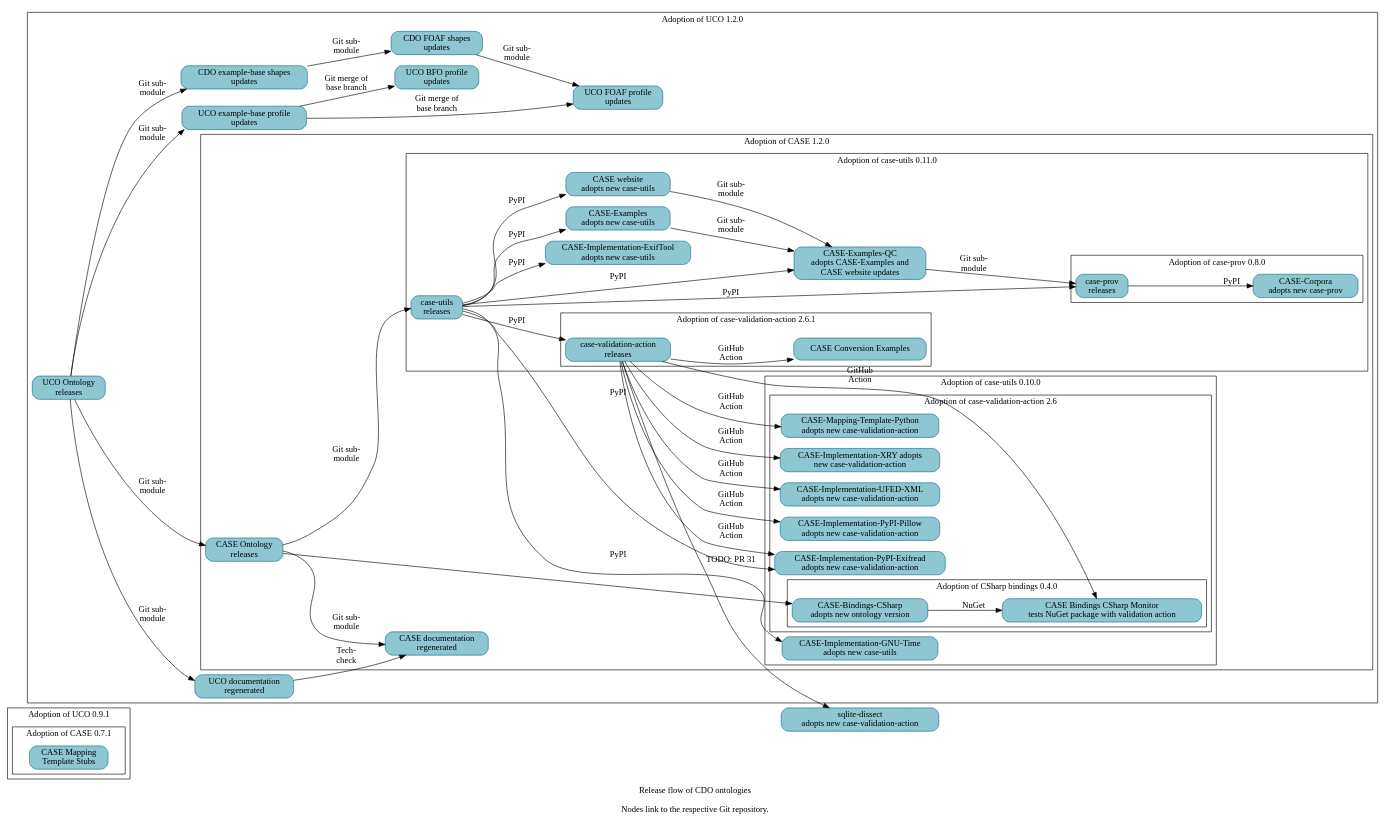
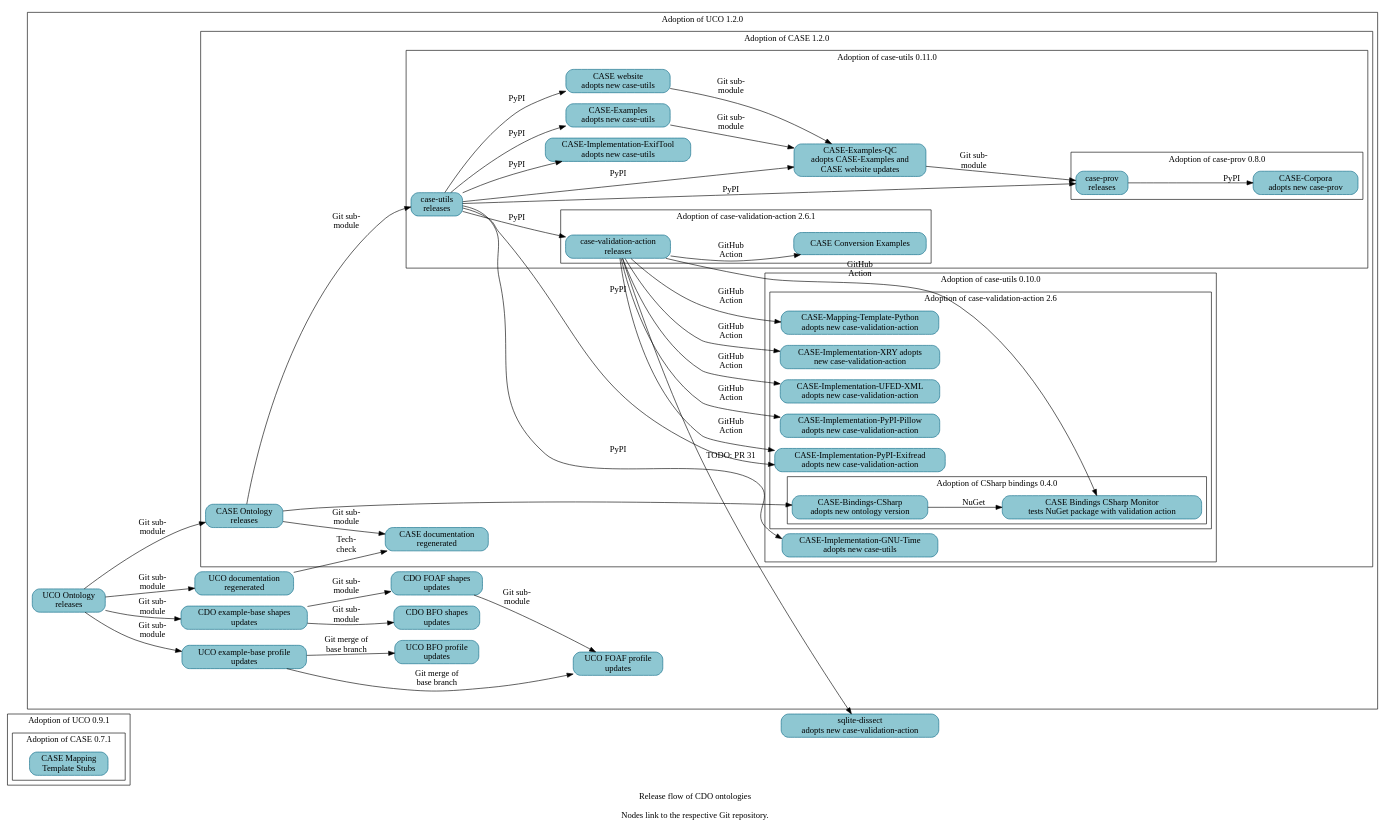
One commit to Cyber-Domain-Ontology/cdo.github.io changed the diagram in resources/project_release_flow.dot. Above: the diagram before and after it, drawn with Graphviz.

Commit message:
Add BFO shapes repository
A follow-on patch will regenerate Make-managed files.

```diff
--- a/resources/project_release_flow.dot
+++ b/resources/project_release_flow.dot
@@ -1,120 +1,122 @@
 digraph "cdo_release_flow" {
   label = "Release flow of CDO ontologies\n\nNodes link to the respective Git repository." ;
   rankdir = "LR" ;
   node [shape="rectangle" style="filled,rounded" fillcolor="#8EC7D2" color="#0D6986"] ;
 
 
   // Define nodes in their corresponding progress subgraph.
 
   subgraph cluster_uco_0_9_1 {
     label = "Adoption of UCO 0.9.1" ;
 
     subgraph cluster_case_0_7_1 {
       label = "Adoption of CASE 0.7.1" ;
       _GH__CASEWORK__CASE_MAPPING_TEMPLATE_STUBS [URL="https://github.com/casework/CASE-Mapping-Template-Stubs" label="CASE Mapping\nTemplate Stubs"] ;
     }
   }
 
   subgraph cluster_uco_1_2_0 {
     label = "Adoption of UCO 1.2.0" ;
 
+    _GH__CYBER_DOMAIN_ONTOLOGY__CDO_SHAPES_BFO [URL="https://github.com/Cyber-Domain-Ontology/CDO-Shapes-BFO" label="CDO BFO shapes\nupdates"]
     _GH__CYBER_DOMAIN_ONTOLOGY__CDO_SHAPES_EXAMPLE [URL="https://github.com/Cyber-Domain-Ontology/CDO-Shapes-Example" label="CDO example-base shapes\nupdates"]
     _GH__CYBER_DOMAIN_ONTOLOGY__CDO_SHAPES_FOAF [URL="https://github.com/Cyber-Domain-Ontology/CDO-Shapes-FOAF" label="CDO FOAF shapes\nupdates"]
     _GH__UCOPROJECT__ONTOLOGY_UNIFIEDCYBERONTOLOGY_ORG [URL="https://github.com/ucoProject/ontology.unifiedcyberontology.org" label="UCO documentation\nregenerated"] ;
     _GH__UCOPROJECT__UCO [URL="https://github.com/ucoProject/UCO" label="UCO Ontology\nreleases"] ;
     _GH__UCOPROJECT__UCO_PROFILE_BFO [URL="https://github.com/ucoProject/UCO-Profile-BFO" label="UCO BFO profile\nupdates"] ;
     _GH__UCOPROJECT__UCO_PROFILE_EXAMPLE [URL="https://github.com/ucoProject/UCO-Profile-Example" label="UCO example-base profile\nupdates"] ;
     _GH__UCOPROJECT__UCO_PROFILE_FOAF [URL="https://github.com/ucoProject/UCO-Profile-FOAF" label="UCO FOAF profile\nupdates"] ;
 
     subgraph cluster_case_1_2_0 {
       label = "Adoption of CASE 1.2.0" ;
 
       _GH__CASEWORK__CASE [URL="https://github.com/casework/CASE" label="CASE Ontology\nreleases"] ;
       _GH__CASEWORK__ONTOLOGY_CASEONTOLOGY_ORG [URL="https://github.com/casework/ontology.caseontology.org" label="CASE documentation\nregenerated"] ;
 
       subgraph cluster_case_utils_0_10_0 {
         label = "Adoption of case-utils 0.10.0" ;
 
         _GH__CASEWORK__CASE_IMPLEMENTATON_GNU_TIME [URL="https://github.com/casework/CASE-Implementation-GNU-Time" label="CASE-Implementation-GNU-Time\nadopts new case-utils"] ;
 
         subgraph cluster_case_validation_action_2_6 {
           label = "Adoption of case-validation-action 2.6" ;
 
           _GH__CASEWORK__CASE_IMPLEMENTATON_PYPI_EXIFREAD [URL="https://github.com/casework/CASE-Implementation-PyPI-Exifread" label="CASE-Implementation-PyPI-Exifread\nadopts new case-validation-action"] ;
           _GH__CASEWORK__CASE_IMPLEMENTATON_PYPI_PILLOW [URL="https://github.com/casework/CASE-Implementation-PyPI-Pillow" label="CASE-Implementation-PyPI-Pillow\nadopts new case-validation-action"] ;
           _GH__CASEWORK__CASE_IMPLEMENTATON_UFED_XML [URL="https://github.com/casework/CASE-Implementation-UFED-XML" label="CASE-Implementation-UFED-XML\nadopts new case-validation-action"] ;
           _GH__CASEWORK__CASE_IMPLEMENTATON_XRY [URL="https://github.com/casework/CASE-Implementation-XRY" label="CASE-Implementation-XRY adopts\nnew case-validation-action"] ;
           _GH__CASEWORK__CASE_MAPPING_TEMPLATE_PYTHON [URL="https://github.com/casework/CASE-Mapping-Template-Python" label="CASE-Mapping-Template-Python\nadopts new case-validation-action"] ;
 
           subgraph cluster_case_bindings_csharp_0_4_0 {
             label = "Adoption of CSharp bindings 0.4.0" ;
 
             _GH__CASEWORK__CASE_BINDINGS_CSHARP_MONITOR [URL="https://github.com/casework/CASE-Bindings-CSharp-Monitor" label="CASE Bindings CSharp Monitor\ntests NuGet package with validation action"] ;
             _GH__CIPHERTECHSOLUTIONS__CASE_BINDINGS_CSHARP [URL="https://github.com/ciphertechsolutions/CASE-Bindings-CSharp" label="CASE-Bindings-CSharp\nadopts new ontology version"]
           }
         }
       }
 
       subgraph cluster_case_utils_0_11_0 {
         label = "Adoption of case-utils 0.11.0" ;
 
         _GH__AJNELSON_NIST__CASE_EXAMPLES_QC [URL="https://github.com/ajnelson-nist/CASE-Examples-QC" label="CASE-Examples-QC\nadopts CASE-Examples and\nCASE website updates"] ;
         _GH__CASEWORK__CASE_EXAMPLES [URL="https://github.com/casework/CASE-Examples" label="CASE-Examples\nadopts new case-utils"] ;
         _GH__CASEWORK__CASE_IMPLEMENTATON_EXIFTOOL [URL="https://github.com/casework/CASE-Implementation-ExifTool" label="CASE-Implementation-ExifTool\nadopts new case-utils"] ;
         _GH__CASEWORK__CASE_UTILITIES_PYTHON [URL="https://github.com/casework/CASE-Utilities-Python" label="case-utils\nreleases"] ;
         _GH__CASEWORK__CASEWORK_GITHUB_IO [URL="https://github.com/casework/casework.github.io" label="CASE website\nadopts new case-utils"] ;
 
         subgraph cluster_case_prov_0_8_0 {
           label = "Adoption of case-prov 0.8.0" ;
 
           _GH__CASEWORK__CASE_CORPORA [URL="https://github.com/casework/CASE-Corpora" label="CASE-Corpora\nadopts new case-prov"] ;
           _GH__CASEWORK__CASE_IMPLEMENTATON_PROV_O [URL="https://github.com/casework/CASE-Implementation-PROV-O" label="case-prov\nreleases"] ;
         }
         subgraph cluster_case_validation_action_2_6_1 {
           label = "Adoption of case-validation-action 2.6.1" ;
 
           _GH__CASEWORK__CASE_EXAMPLES_CONVERSION [URL="https://github.com/casework/CASE-Examples-Conversion" label="CASE Conversion Examples"]
           _GH__KCHASON__CASE_VALIDATION_ACTION [URL="https://github.com/kchason/case-validation-action" label="case-validation-action\nreleases"] ;
         }
       }
     }
   }
 
   _GH__DOD_CYBER_CRIME_CENTER__SQLITE_DISSECT [URL="https://github.com/dod-cyber-crime-center/sqlite-dissect" label="sqlite-dissect\nadopts new case-validation-action"] ;
 
   // Begin edges
 
   _GH__AJNELSON_NIST__CASE_EXAMPLES_QC -> _GH__CASEWORK__CASE_IMPLEMENTATON_PROV_O [label="Git sub-\nmodule"] ;
   _GH__CASEWORK__CASE -> _GH__CASEWORK__CASE_UTILITIES_PYTHON [label="Git sub-\nmodule"] ;
   _GH__CASEWORK__CASE -> _GH__CIPHERTECHSOLUTIONS__CASE_BINDINGS_CSHARP ;
   _GH__CASEWORK__CASE -> _GH__CASEWORK__ONTOLOGY_CASEONTOLOGY_ORG [label="Git sub-\nmodule"] ; 
   _GH__CASEWORK__CASE_EXAMPLES -> _GH__AJNELSON_NIST__CASE_EXAMPLES_QC [label="Git sub-\nmodule"] ;
   _GH__CASEWORK__CASE_IMPLEMENTATON_PROV_O -> _GH__CASEWORK__CASE_CORPORA [label="PyPI"] ;
   _GH__CASEWORK__CASE_UTILITIES_PYTHON -> _GH__AJNELSON_NIST__CASE_EXAMPLES_QC [label="PyPI"] ;
   _GH__CASEWORK__CASE_UTILITIES_PYTHON -> _GH__CASEWORK__CASE_EXAMPLES [label="PyPI"] ;
   _GH__CASEWORK__CASE_UTILITIES_PYTHON -> _GH__CASEWORK__CASE_IMPLEMENTATON_EXIFTOOL [label="PyPI"] ;
   _GH__CASEWORK__CASE_UTILITIES_PYTHON -> _GH__CASEWORK__CASE_IMPLEMENTATON_GNU_TIME [label="PyPI"] ;
   _GH__CASEWORK__CASE_UTILITIES_PYTHON -> _GH__CASEWORK__CASE_IMPLEMENTATON_PROV_O [label="PyPI"] ;
   _GH__CASEWORK__CASE_UTILITIES_PYTHON -> _GH__CASEWORK__CASE_IMPLEMENTATON_PYPI_EXIFREAD [label="PyPI"] ;
   _GH__CASEWORK__CASE_UTILITIES_PYTHON -> _GH__KCHASON__CASE_VALIDATION_ACTION [label="PyPI"] ;
   _GH__CASEWORK__CASE_UTILITIES_PYTHON -> _GH__CASEWORK__CASEWORK_GITHUB_IO [label="PyPI"] ;
   _GH__CASEWORK__CASEWORK_GITHUB_IO -> _GH__AJNELSON_NIST__CASE_EXAMPLES_QC [label="Git sub-\nmodule"] ;
   _GH__CIPHERTECHSOLUTIONS__CASE_BINDINGS_CSHARP -> _GH__CASEWORK__CASE_BINDINGS_CSHARP_MONITOR [label="NuGet"] ;
+  _GH__CYBER_DOMAIN_ONTOLOGY__CDO_SHAPES_EXAMPLE -> _GH__CYBER_DOMAIN_ONTOLOGY__CDO_SHAPES_BFO [label="Git sub-\nmodule"] ;
   _GH__CYBER_DOMAIN_ONTOLOGY__CDO_SHAPES_EXAMPLE -> _GH__CYBER_DOMAIN_ONTOLOGY__CDO_SHAPES_FOAF [label="Git sub-\nmodule"] ;
   _GH__CYBER_DOMAIN_ONTOLOGY__CDO_SHAPES_FOAF -> _GH__UCOPROJECT__UCO_PROFILE_FOAF [label="Git sub-\nmodule"] ;
   _GH__KCHASON__CASE_VALIDATION_ACTION -> _GH__CASEWORK__CASE_BINDINGS_CSHARP_MONITOR [label="GitHub\nAction"] ;
   _GH__KCHASON__CASE_VALIDATION_ACTION -> _GH__CASEWORK__CASE_EXAMPLES_CONVERSION [label="GitHub\nAction"];
   _GH__KCHASON__CASE_VALIDATION_ACTION -> _GH__CASEWORK__CASE_IMPLEMENTATON_PYPI_EXIFREAD [label="GitHub\nAction"] ;
   _GH__KCHASON__CASE_VALIDATION_ACTION -> _GH__CASEWORK__CASE_IMPLEMENTATON_PYPI_PILLOW [label="GitHub\nAction"] ;
   _GH__KCHASON__CASE_VALIDATION_ACTION -> _GH__CASEWORK__CASE_IMPLEMENTATON_UFED_XML [label="GitHub\nAction"] ;
   _GH__KCHASON__CASE_VALIDATION_ACTION -> _GH__CASEWORK__CASE_IMPLEMENTATON_XRY [label="GitHub\nAction"] ;
   _GH__KCHASON__CASE_VALIDATION_ACTION -> _GH__CASEWORK__CASE_MAPPING_TEMPLATE_PYTHON [label="GitHub\nAction"] ;
   _GH__KCHASON__CASE_VALIDATION_ACTION -> _GH__DOD_CYBER_CRIME_CENTER__SQLITE_DISSECT [URL="https://github.com/dod-cyber-crime-center/sqlite-dissect/pull/31" label="TODO: PR 31"] ;
   _GH__UCOPROJECT__ONTOLOGY_UNIFIEDCYBERONTOLOGY_ORG -> _GH__CASEWORK__ONTOLOGY_CASEONTOLOGY_ORG [label="Tech-\ncheck"];
   _GH__UCOPROJECT__UCO -> _GH__CASEWORK__CASE [label="Git sub-\nmodule"] ;
   _GH__UCOPROJECT__UCO -> _GH__CYBER_DOMAIN_ONTOLOGY__CDO_SHAPES_EXAMPLE [label="Git sub-\nmodule"] ;
   _GH__UCOPROJECT__UCO -> _GH__UCOPROJECT__ONTOLOGY_UNIFIEDCYBERONTOLOGY_ORG [label="Git sub-\nmodule"] ;
   _GH__UCOPROJECT__UCO -> _GH__UCOPROJECT__UCO_PROFILE_EXAMPLE [label="Git sub-\nmodule"] ;
   _GH__UCOPROJECT__UCO_PROFILE_EXAMPLE -> _GH__UCOPROJECT__UCO_PROFILE_BFO [label="Git merge of\nbase branch"] ;
   _GH__UCOPROJECT__UCO_PROFILE_EXAMPLE -> _GH__UCOPROJECT__UCO_PROFILE_FOAF [label="Git merge of\nbase branch"] ;
 }
```
